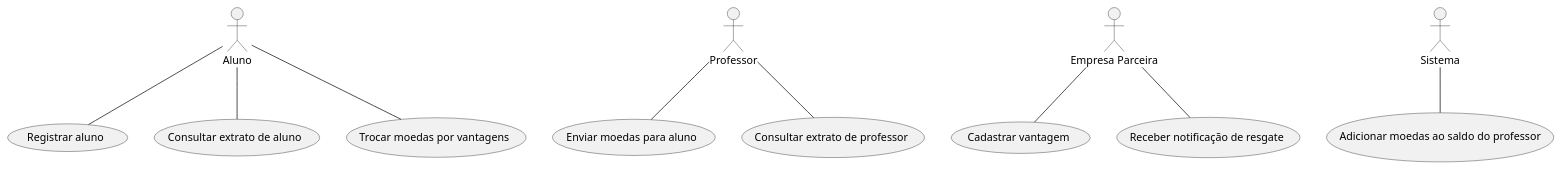
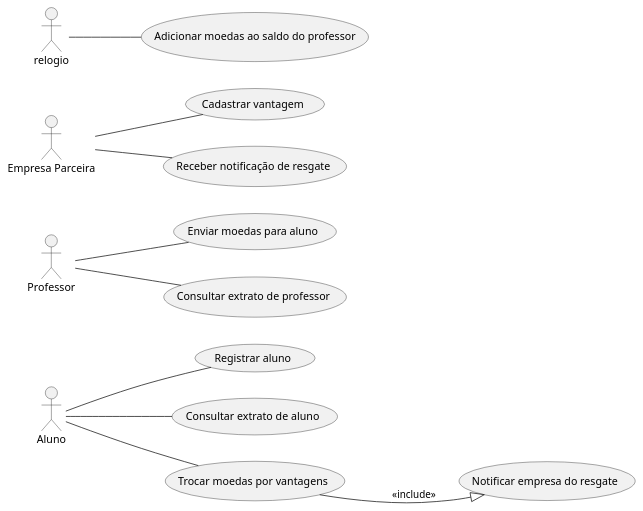
The diagram in Projeto/casoDeUso.puml (JoaoRajao/SistemaMoedaEstudantil), drawn with PlantUML before and after one commit. The commit also changed 6 other files, not shown here.

```diff
--- a/Projeto/casoDeUso.puml
+++ b/Projeto/casoDeUso.puml
@@ -1,35 +1,37 @@
 @startuml
+left to right direction
+
 actor "Aluno" as aluno
 actor "Professor" as professor
 actor "Empresa Parceira" as empresa
-actor "Sistema" as sistema
+actor "relogio" as sistema
+
 
 usecase "Registrar aluno" as UC1
 usecase "Consultar extrato de aluno" as UC3
 usecase "Trocar moedas por vantagens" as UC4
-
+usecase "Notificar empresa do resgate" as UC4a
 
 usecase "Enviar moedas para aluno" as UC6
 usecase "Consultar extrato de professor" as UC7
-
 
 usecase "Cadastrar vantagem" as UC9
 usecase "Receber notificação de resgate" as UC10
 
 usecase "Adicionar moedas ao saldo do professor" as UC11
 
 aluno -- UC1
-
 aluno -- UC3
-aluno -- UC4
-
+aluno -- UC4 
+UC4 -[hidden]-> UC4a
+UC4 --|> UC4a : <<include>>
 
 professor -- UC6
 professor -- UC7
-
 
 empresa -- UC9
 empresa -- UC10
 
 sistema -- UC11
+
 @enduml
```
